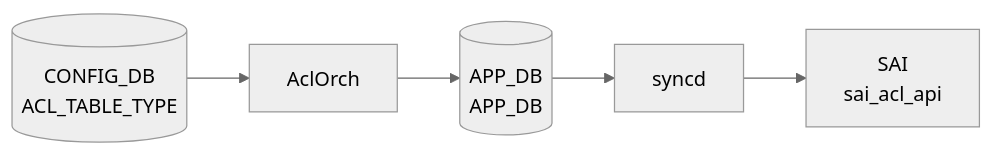
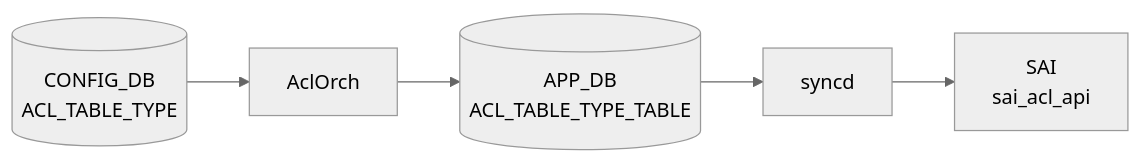
One commit to aoki-taquan/sonic-unofficial-docs changed the second of 2 diagrams in docs/reference/config-db/acl-table-type.md. Above: the diagram before and after it, drawn with Mermaid (neutral theme). The commit also changed 2 other files, not shown here.

Commit message:
review: batch 066 — fix mermaid label dup, YANG note inconsistency, invalid ref
- acl-table-type.md: AUTO_GENERATED mermaid の APP_DB ノードラベル重複
  ("APP_DB\nAPP_DB") を ACL_TABLE_TYPE_TABLE に修正
- acl-table.md: 冒頭「YANG 未定義」警告と値依存挙動節の
  「YANG 定義 4 値」表記が矛盾していたため、sonic-acl.yang の
  参照元が ACL_RULE 側の列挙である旨を明記
- alarm-table.md: sources[0].ref が不正値
  ("49bab5baddress-pr-review-comments") → "master" に修正

````diff
--- a/docs/reference/config-db/acl-table-type.md
+++ b/docs/reference/config-db/acl-table-type.md
@@ -61,12 +61,12 @@
 ```mermaid
 flowchart LR
   CDB[("CONFIG_DB<br/>ACL_TABLE_TYPE")]
   DM["AclOrch"]
   CDB --> DM
-  APPDB[("APP_DB<br/>APP_DB")]
+  APPDB[("APP_DB<br/>ACL_TABLE_TYPE_TABLE")]
   DM --> APPDB
   SYNCD["syncd"]
   APPDB --> SYNCD
   SAI["SAI<br/>sai_acl_api"]
   SYNCD --> SAI
 ```
````
